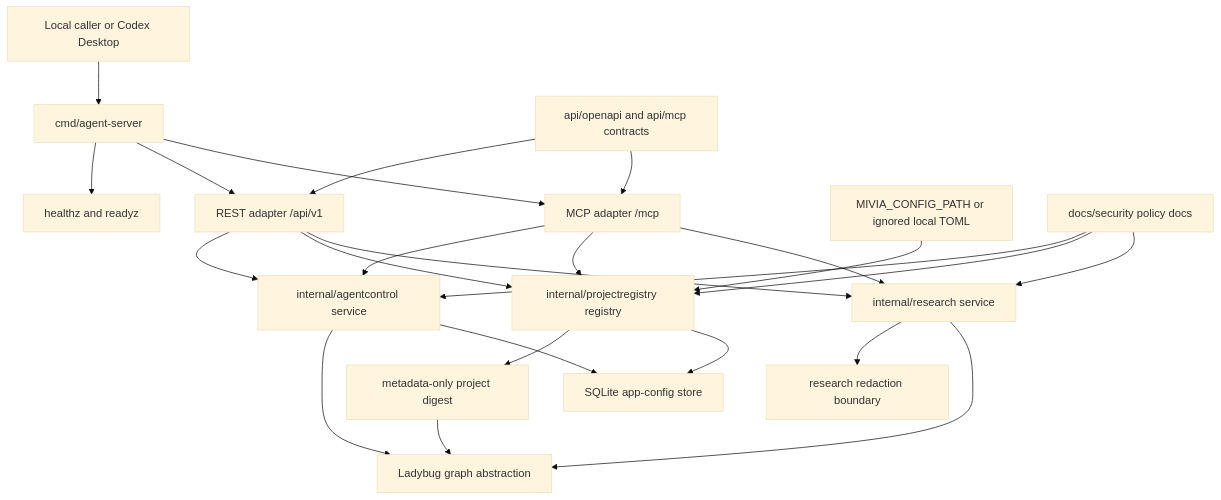
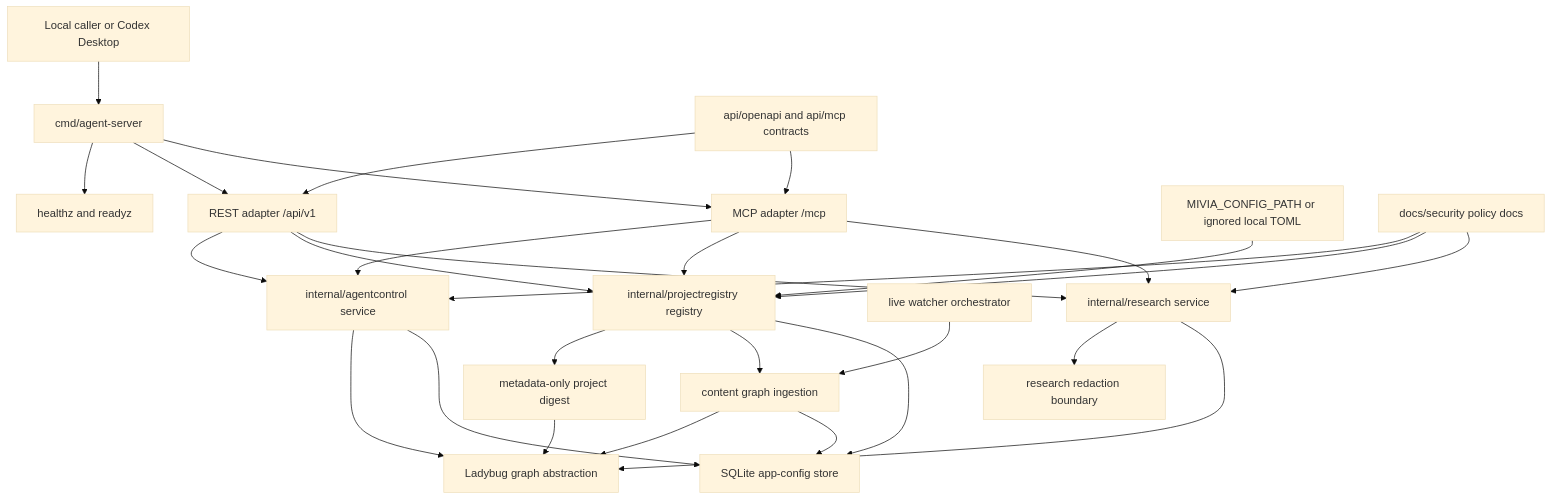
Before and after one commit to MiviaLabs/go-mivia: the first of 5 diagrams in docs/architecture/system-architecture.md, drawn with Mermaid (base theme). The commit also changed other lines of this file and 34 other files, not shown here.

Commit message:
feat(ingestion): add persistent project graph and live ingestion

````diff
--- a/docs/architecture/system-architecture.md
+++ b/docs/architecture/system-architecture.md
@@ -25,42 +26,48 @@
 ```mermaid
 flowchart TB
   LocalClient["Local caller or Codex Desktop"]
   Server["cmd/agent-server"]
   Health["healthz and readyz"]
   REST["REST adapter /api/v1"]
   MCP["MCP adapter /mcp"]
   AgentService["internal/agentcontrol service"]
   ProjectRegistry["internal/projectregistry registry"]
   ProjectDigest["metadata-only project digest"]
+  ProjectIngestion["content graph ingestion"]
+  Watcher["live watcher orchestrator"]
   ResearchService["internal/research service"]
   Redaction["research redaction boundary"]
   Ladybug["Ladybug graph abstraction"]
   SQLite["SQLite app-config store"]
   ConfigFile["MIVIA_CONFIG_PATH or ignored local TOML"]
   Contracts["api/openapi and api/mcp contracts"]
   SecurityDocs["docs/security policy docs"]
 
   LocalClient --> Server
   Server --> Health
   Server --> REST
   Server --> MCP
   REST --> AgentService
   MCP --> AgentService
   REST --> ProjectRegistry
   MCP --> ProjectRegistry
   ProjectRegistry --> ProjectDigest
   ProjectDigest --> Ladybug
+  ProjectRegistry --> ProjectIngestion
+  Watcher --> ProjectIngestion
+  ProjectIngestion --> Ladybug
+  ProjectIngestion --> SQLite
   ConfigFile --> ProjectRegistry
   REST --> ResearchService
   MCP --> ResearchService
   ResearchService --> Redaction
   AgentService --> Ladybug
   ResearchService --> Ladybug
   AgentService --> SQLite
   ProjectRegistry --> SQLite
   Contracts --> REST
   Contracts --> MCP
   SecurityDocs --> AgentService
   SecurityDocs --> ProjectRegistry
   SecurityDocs --> ResearchService
 ```
````
